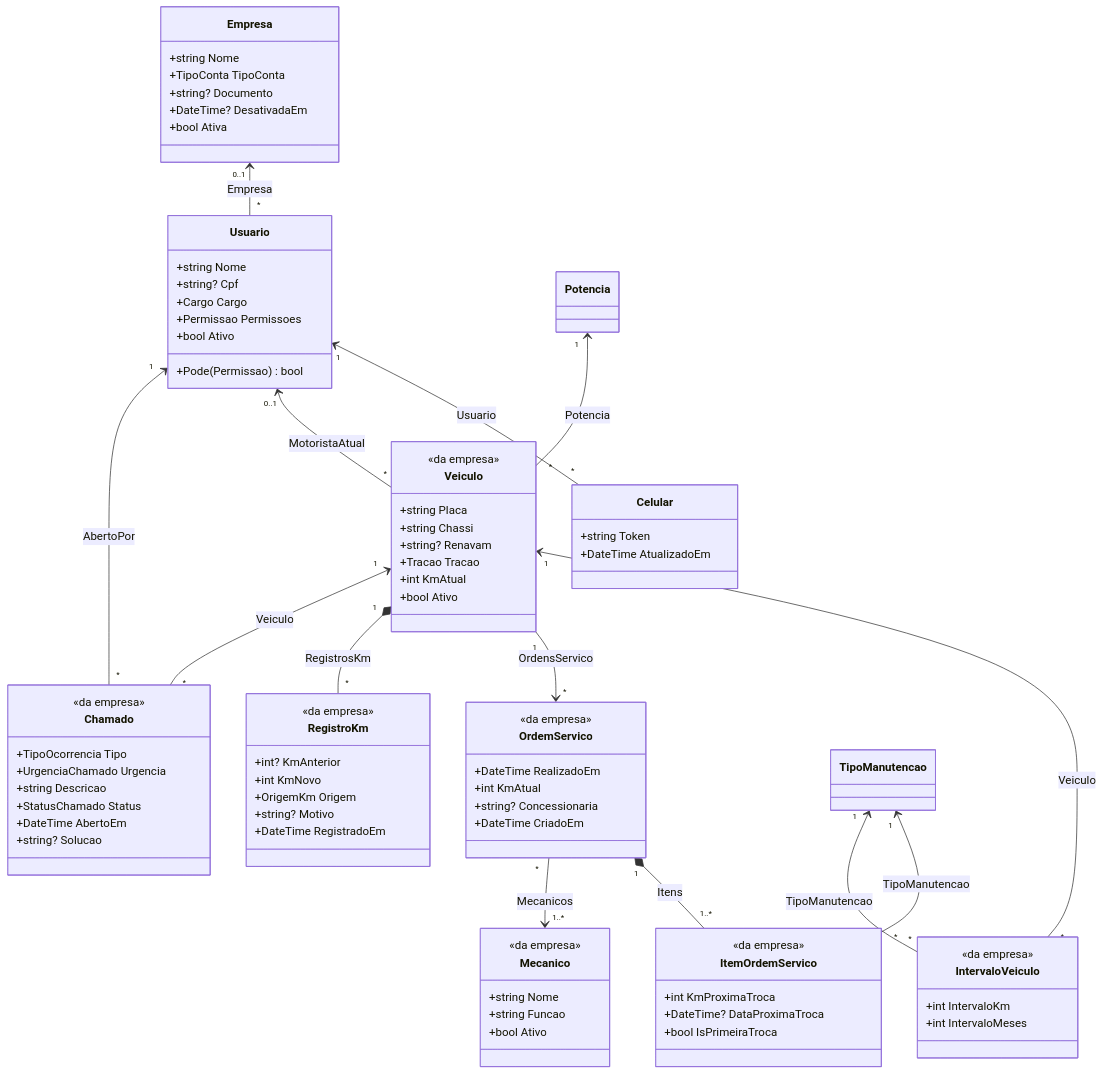
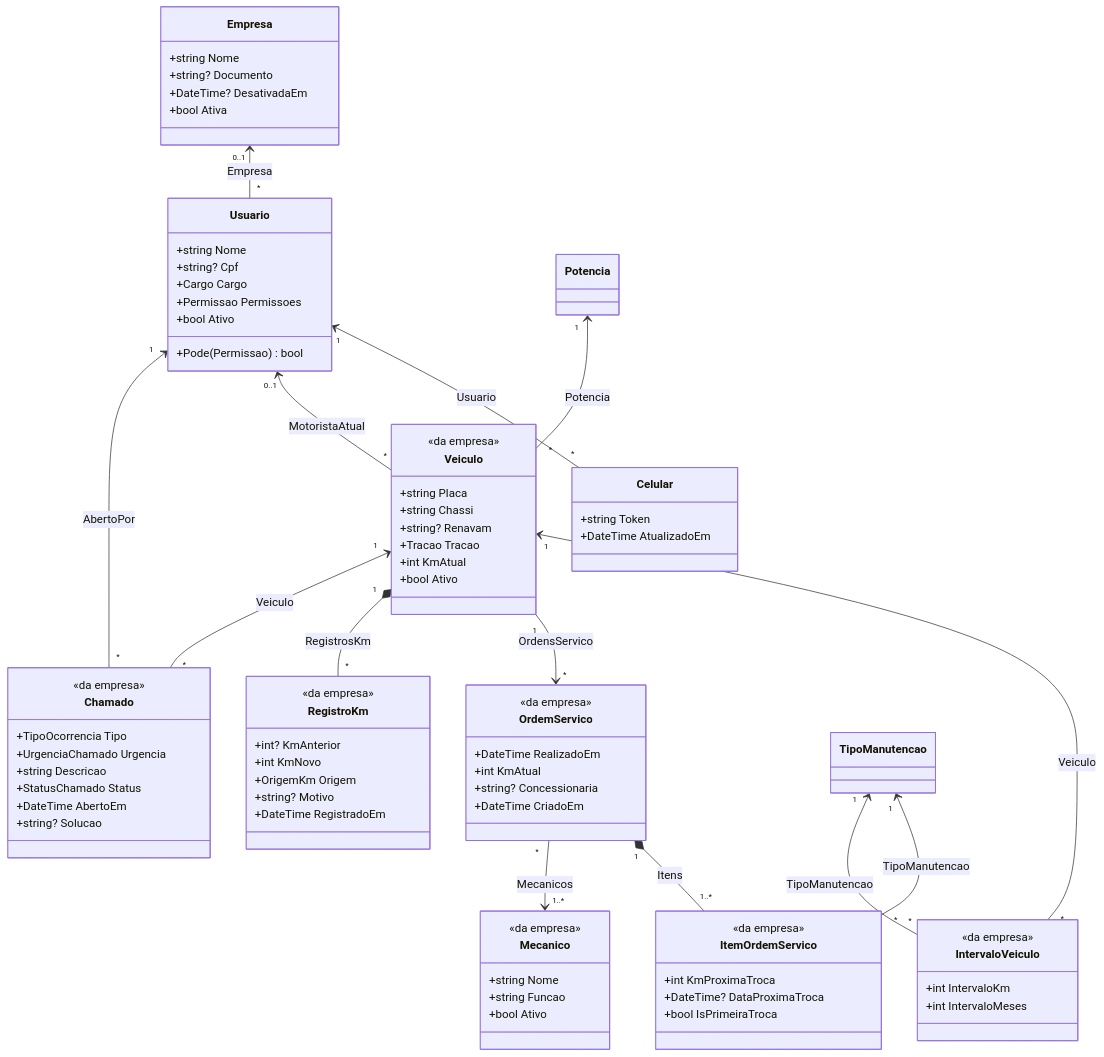
The third of 4 diagrams in docs/dominio.md (LeandroPoletti/CheckTruck), drawn with Mermaid before and after one commit. The commit also changed other lines of this file and 63 other files, not shown here.

```diff
--- a/docs/dominio.md
+++ b/docs/dominio.md
@@ -84,7 +84,6 @@
     direction TB
     class Empresa {
         +string Nome
-        +TipoConta TipoConta
         +string? Documento
         +DateTime? DesativadaEm
         +bool Ativa
```
